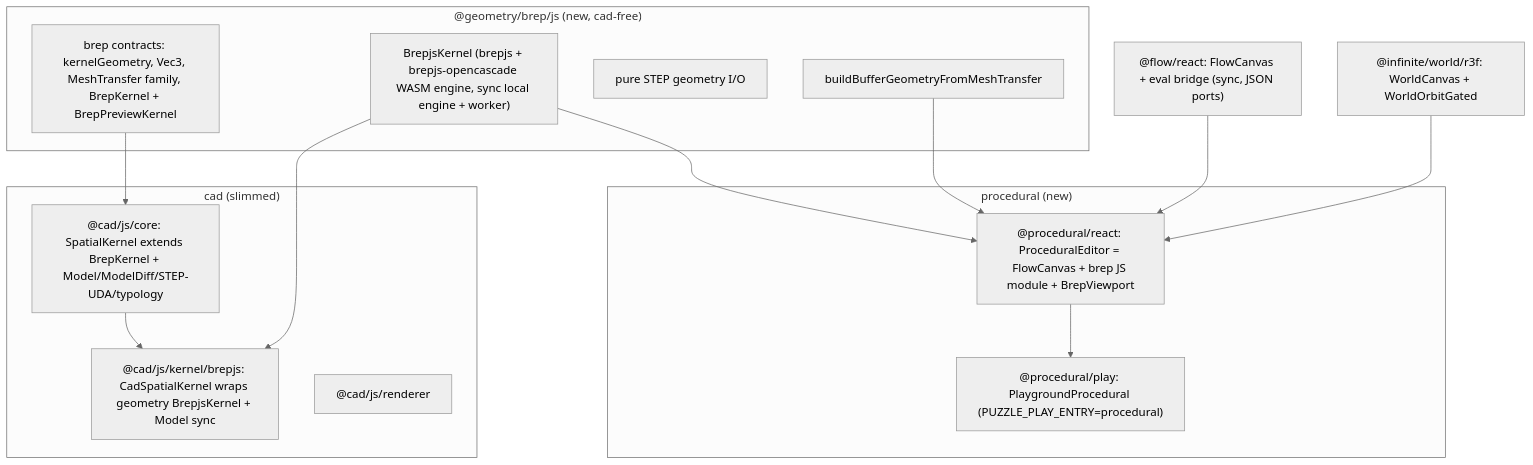
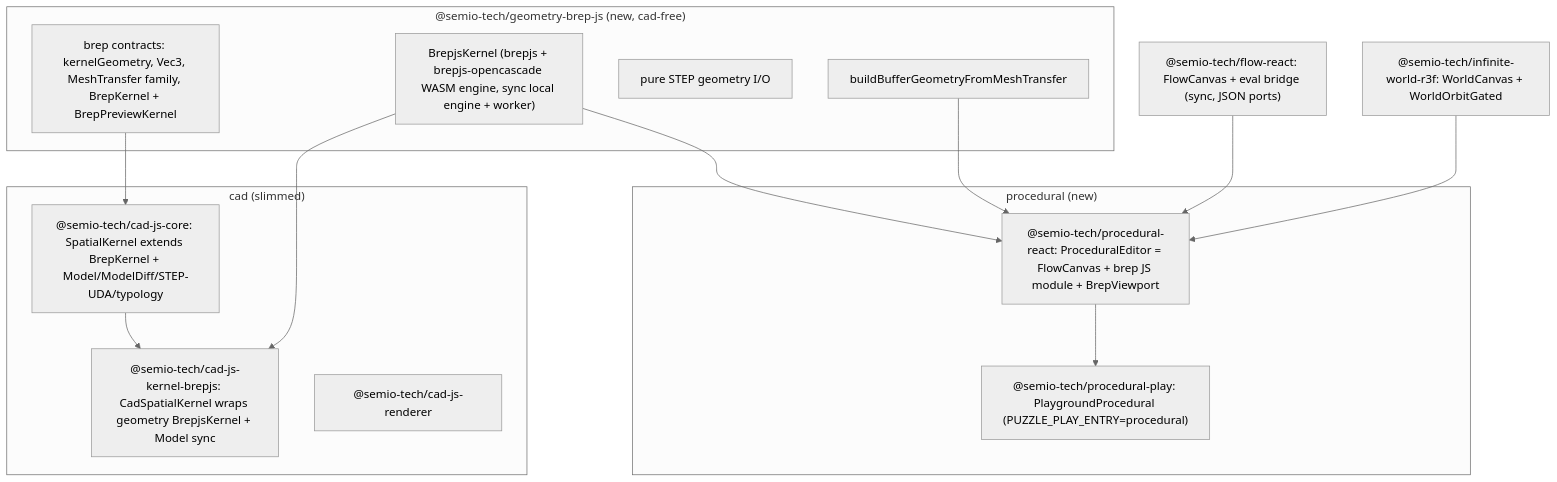
The diagram in .repo/🎫/26/06/07/PROCEDURAL-PREVIEW-INFINITE-WORLD/procedural_brep_playground_dca1c048.plan.md (usalu/semio), drawn with Mermaid (neutral theme) before and after one commit. The commit also changed other lines of this file and 1282 other files, not shown here.

````diff
--- a/.repo/🎫/26/06/07/PROCEDURAL-PREVIEW-INFINITE-WORLD/procedural_brep_playground_dca1c048.plan.md
+++ b/.repo/🎫/26/06/07/PROCEDURAL-PREVIEW-INFINITE-WORLD/procedural_brep_playground_dca1c048.plan.md
@@ -62,29 +62,29 @@
 ```mermaid
 flowchart TB
-  subgraph geo ["@geometry/brep/js (new, cad-free)"]
+  subgraph geo ["@semio-tech/geometry-brep-js (new, cad-free)"]
     Contracts["brep contracts: kernelGeometry, Vec3, MeshTransfer family, BrepKernel + BrepPreviewKernel"]
     Brepjs["BrepjsKernel (brepjs + brepjs-opencascade WASM engine, sync local engine + worker)"]
     StepGeo["pure STEP geometry I/O"]
     Mesh["buildBufferGeometryFromMeshTransfer"]
   end
   subgraph cad ["cad (slimmed)"]
-    Core["@cad/js/core: SpatialKernel extends BrepKernel + Model/ModelDiff/STEP-UDA/typology"]
-    CadKernel["@cad/js/kernel/brepjs: CadSpatialKernel wraps geometry BrepjsKernel + Model sync"]
-    Renderer["@cad/js/renderer"]
+    Core["@semio-tech/cad-js-core: SpatialKernel extends BrepKernel + Model/ModelDiff/STEP-UDA/typology"]
+    CadKernel["@semio-tech/cad-js-kernel-brepjs: CadSpatialKernel wraps geometry BrepjsKernel + Model sync"]
+    Renderer["@semio-tech/cad-js-renderer"]
   end
   subgraph proc ["procedural (new)"]
-    ProcReact["@procedural/react: ProceduralEditor = FlowCanvas + brep JS module + BrepViewport"]
-    ProcPlay["@procedural/play: PlaygroundProcedural (PUZZLE_PLAY_ENTRY=procedural)"]
+    ProcReact["@semio-tech/procedural-react: ProceduralEditor = FlowCanvas + brep JS module + BrepViewport"]
+    ProcPlay["@semio-tech/procedural-play: PlaygroundProcedural (PUZZLE_PLAY_ENTRY=procedural)"]
   end
-  Flow["@flow/react: FlowCanvas + eval bridge (sync, JSON ports)"]
-  Infinite["@infinite/world/r3f: WorldCanvas + WorldOrbitGated"]
+  Flow["@semio-tech/flow-react: FlowCanvas + eval bridge (sync, JSON ports)"]
+  Infinite["@semio-tech/infinite-world-r3f: WorldCanvas + WorldOrbitGated"]
 
   Contracts --> Core
   Brepjs --> CadKernel
   Core --> CadKernel
   Brepjs --> ProcReact
   Flow --> ProcReact
   Infinite --> ProcReact
   Mesh --> ProcReact
   ProcReact --> ProcPlay
 ```
````
